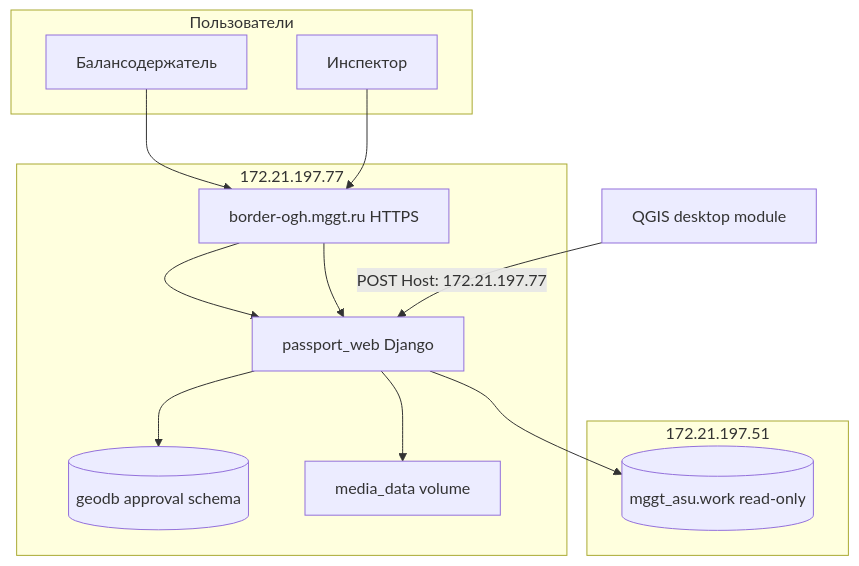
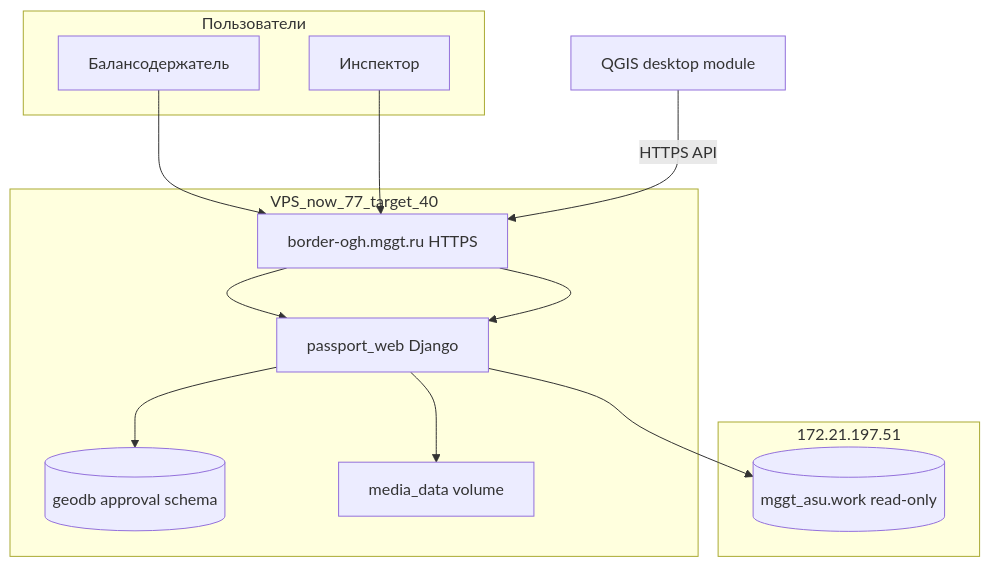
Before and after one commit to mstukalov90-source/Passport_Editor: the diagram in approval_docs/PROD_DEPLOY.md, drawn with Mermaid. The commit also changed other lines of this file and 25 other files, not shown here.

````diff
--- a/approval_docs/PROD_DEPLOY.md
+++ b/approval_docs/PROD_DEPLOY.md
@@ -36,24 +36,24 @@
 ```mermaid
 flowchart TB
     subgraph users [Пользователи]
         Owner[Балансодержатель]
         Inspector[Инспектор]
     end
-    subgraph prod [172.21.197.77]
+    subgraph prod [VPS_now_77_target_40]
         Proxy[border-ogh.mggt.ru HTTPS]
         Web[passport_web Django]
         Geodb[(geodb approval schema)]
         Media[media_data volume]
     end
     subgraph gis [172.21.197.51]
         WorkDB[(mggt_asu.work read-only)]
     end
     QGIS[QGIS desktop module]
 
     Owner --> Proxy --> Web
     Inspector --> Proxy --> Web
     Web --> Geodb
     Web --> Media
     Web --> WorkDB
-    QGIS -->|"POST Host: 172.21.197.77"| Web
+    QGIS -->|"HTTPS API"| Proxy
 ```
````
